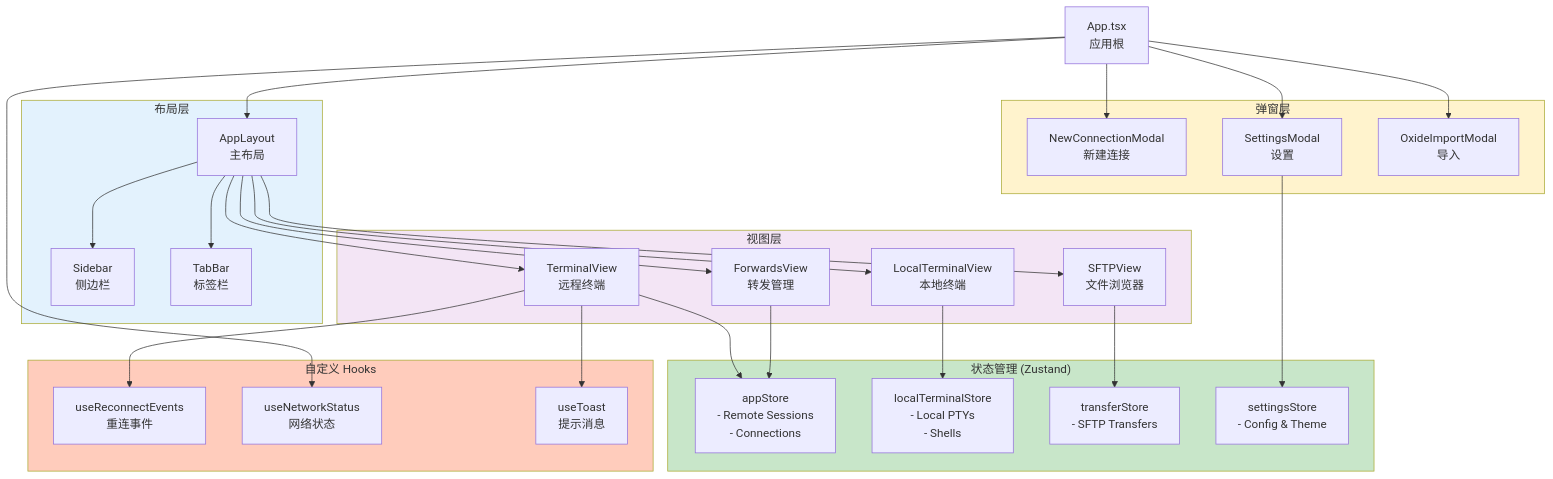
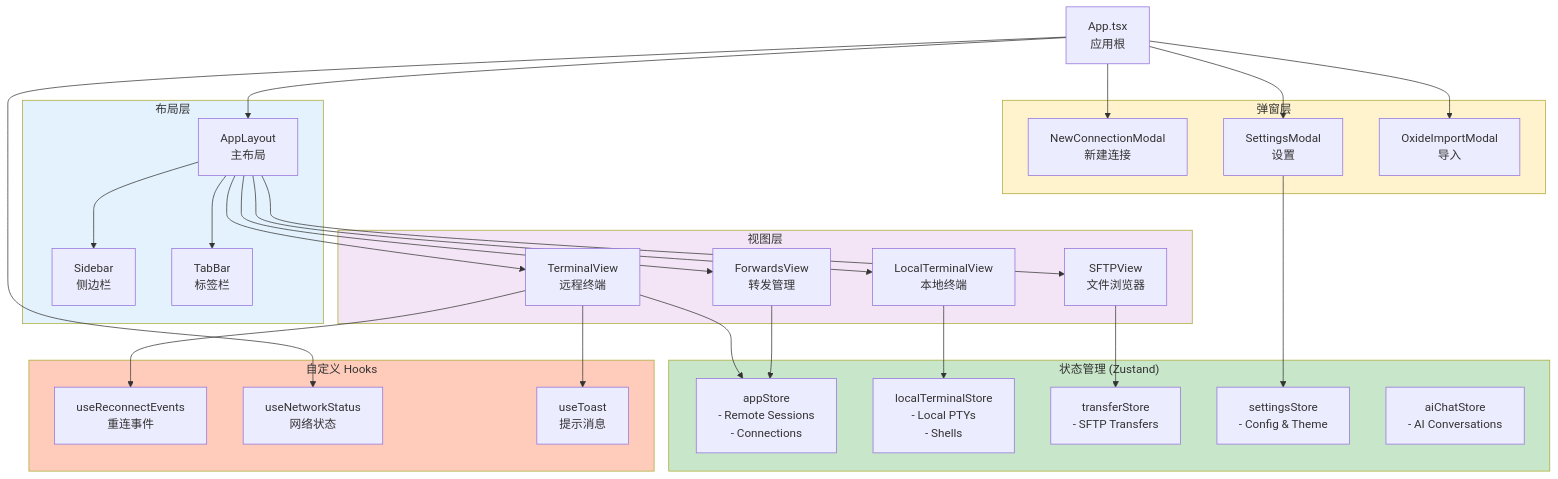
One commit to AnalyseDeCircuit/OxideTerm changed the third of 12 diagrams in docs/ARCHITECTURE.md. Above: the diagram before and after it, drawn with Mermaid. The commit also changed other lines of this file and 7 other files, not shown here.

````diff
--- a/docs/ARCHITECTURE.md
+++ b/docs/ARCHITECTURE.md
@@ -522,64 +522,65 @@
 ```mermaid
 graph TD
     App["App.tsx<br/>应用根"]
     
     subgraph Layout["布局层"]
         AppLayout["AppLayout<br/>主布局"]
         Sidebar["Sidebar<br/>侧边栏"]
         TabBar["TabBar<br/>标签栏"]
     end
     
     subgraph Views["视图层"]
         Terminal["TerminalView<br/>远程终端"]
         LocalTerm["LocalTerminalView<br/>本地终端"]
         SFTP["SFTPView<br/>文件浏览器"]
         Forwards["ForwardsView<br/>转发管理"]
     end
     
     subgraph Modals["弹窗层"]
         NewConn["NewConnectionModal<br/>新建连接"]
         Settings["SettingsModal<br/>设置"]
         Import["OxideImportModal<br/>导入"]
     end
     
     subgraph State["状态管理 (Zustand)"]
         AppStore["appStore<br/>- Remote Sessions<br/>- Connections"]
         LocalStore["localTerminalStore<br/>- Local PTYs<br/>- Shells"]
         TransferStore["transferStore<br/>- SFTP Transfers"]
         SettingsStore["settingsStore<br/>- Config & Theme"]
+        AiStore["aiChatStore<br/>- AI Conversations"]
     end
     
     subgraph Hooks["自定义 Hooks"]
         UseReconnect["useReconnectEvents<br/>重连事件"]
         UseNetwork["useNetworkStatus<br/>网络状态"]
         UseToast["useToast<br/>提示消息"]
     end
     
     App --> AppLayout
     AppLayout --> Sidebar
     AppLayout --> TabBar
     AppLayout --> Terminal
     AppLayout --> LocalTerm
     AppLayout --> SFTP
     AppLayout --> Forwards
     
     App --> NewConn
     App --> Settings
     App --> Import
     
     Terminal --> AppStore
     LocalTerm --> LocalStore
     SFTP --> TransferStore
     Forwards --> AppStore
     Settings --> SettingsStore
     
     Terminal --> UseReconnect
     App --> UseNetwork
     Terminal --> UseToast
     
     style Layout fill:#e3f2fd
     style Views fill:#f3e5f5
     style Modals fill:#fff3cd
     style State fill:#c8e6c9
     style Hooks fill:#ffccbc
 ```
````
